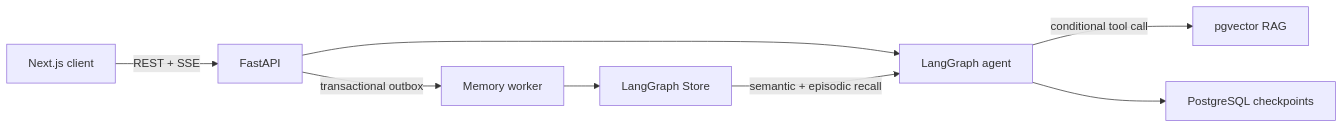
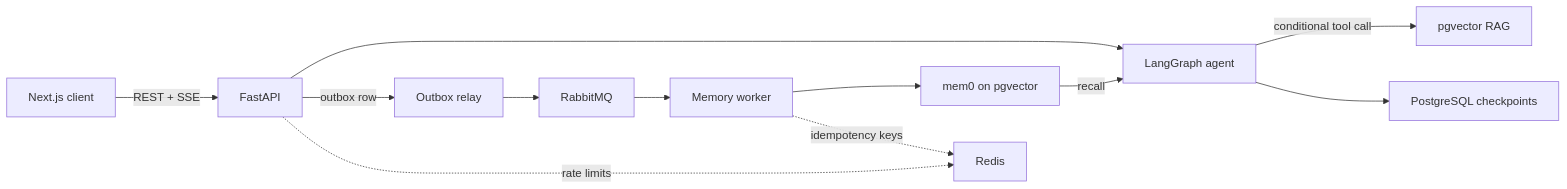
The diagram in README.md (Ex-presso/MindBridge-Agent), drawn with Mermaid before and after one commit. The commit also changed other lines of this file and 2 other files, not shown here.

Commit message:
docs: describe mem0 memory, the outbox relay and the rabbitmq worker

````diff
--- a/README.md
+++ b/README.md
@@ -37,10 +38,14 @@
 ```mermaid
 flowchart LR
     UI["Next.js client"] -->|"REST + SSE"| API["FastAPI"]
     API --> GRAPH["LangGraph agent"]
     GRAPH -->|"conditional tool call"| RAG["pgvector RAG"]
     GRAPH --> CHECKPOINTS["PostgreSQL checkpoints"]
-    API -->|"transactional outbox"| WORKER["Memory worker"]
-    WORKER --> STORE["LangGraph Store"]
-    STORE -->|"semantic + episodic recall"| GRAPH
+    API -->|"outbox row"| RELAY["Outbox relay"]
+    RELAY --> MQ["RabbitMQ"]
+    MQ --> WORKER["Memory worker"]
+    WORKER --> MEM["mem0 on pgvector"]
+    MEM -->|"recall"| GRAPH
+    WORKER -.->|"idempotency keys"| REDIS["Redis"]
+    API -.->|"rate limits"| REDIS
 ```
````
